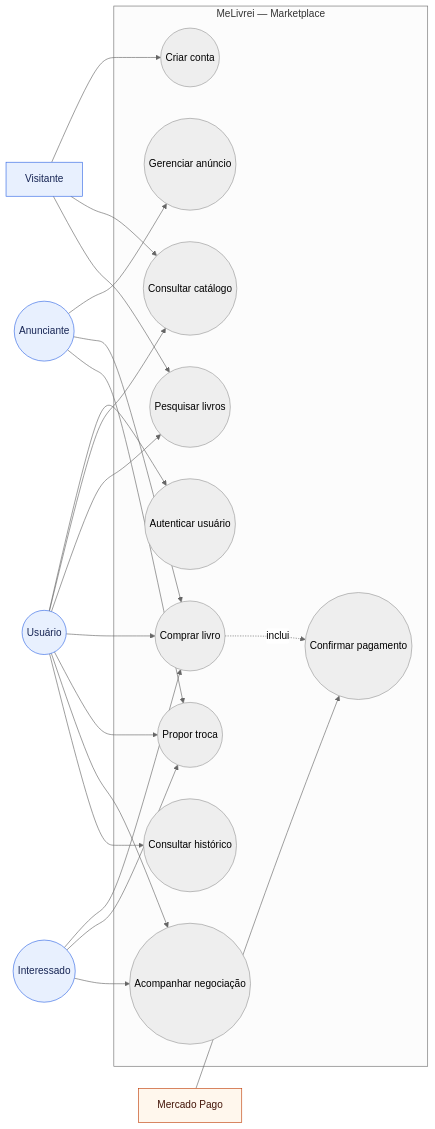
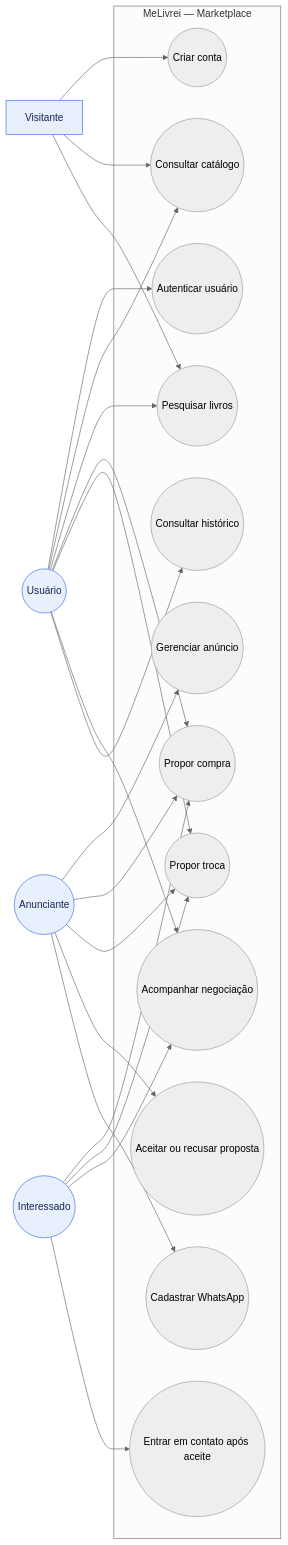
One commit to BuysCode/melivrei changed the diagram in docs/uml/casos-de-uso.md. Above: the diagram before and after it, drawn with Mermaid (neutral theme). The commit also changed other lines of this file and 49 other files, not shown here.

First line of the commit message:
feat(negotiations)!: replace Mercado Pago with external contact

````diff
--- a/docs/uml/casos-de-uso.md
+++ b/docs/uml/casos-de-uso.md
@@ -3,45 +3,46 @@
 ```mermaid
 flowchart LR
     visitante[Visitante]
     usuario((Usuário))
     anunciante((Anunciante))
     interessado((Interessado))
-    mercadoPago[Mercado Pago]
 
     subgraph sistema["MeLivrei — Marketplace"]
         UC01((Criar conta))
         UC02((Autenticar usuário))
         UC03((Gerenciar anúncio))
         UC04((Consultar catálogo))
         UC05((Pesquisar livros))
-        UC06((Comprar livro))
+        UC06((Propor compra))
         UC07((Propor troca))
-        UC08((Confirmar pagamento))
         UC09((Acompanhar negociação))
         UC10((Consultar histórico))
+        UC11((Aceitar ou recusar proposta))
+        UC12((Cadastrar WhatsApp))
+        UC13((Entrar em contato após aceite))
     end
 
     visitante --> UC01
     visitante --> UC04
     visitante --> UC05
     usuario --> UC02
     usuario --> UC04
     usuario --> UC05
     usuario --> UC06
     usuario --> UC07
     usuario --> UC09
     usuario --> UC10
     anunciante --> UC03
     anunciante --> UC06
     anunciante --> UC07
     interessado --> UC06
     interessado --> UC07
     interessado --> UC09
-    UC06 -.->|inclui| UC08
-    mercadoPago --> UC08
+
+    anunciante --> UC11
+    anunciante --> UC12
+    interessado --> UC13
 
     classDef actor fill:#e8f0fe,stroke:#356ae6,color:#172554,stroke-width:1px;
-    classDef external fill:#fff7ed,stroke:#c2410c,color:#431407,stroke-width:1px;
     class visitante,usuario,anunciante,interessado actor;
-    class mercadoPago external;
 ```
````
